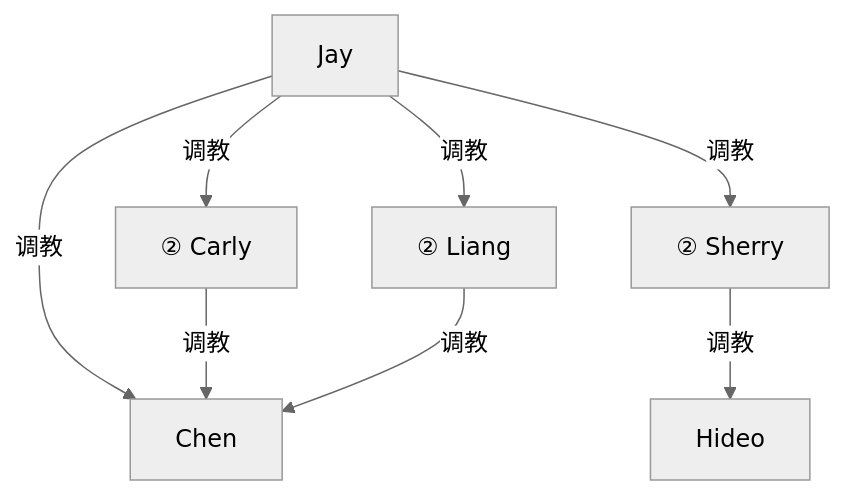
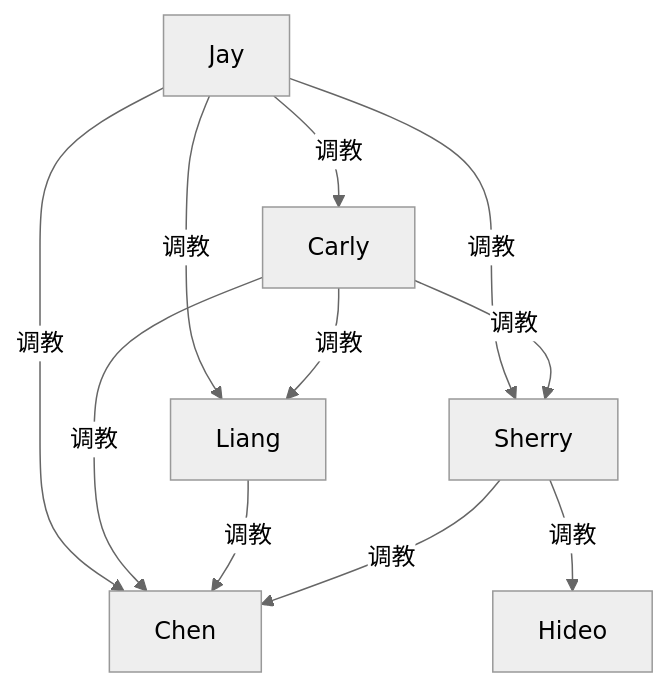
The diagram in _posts/ideas/carly-young-family-plan.md (victor-w-ma/victor-w-ma.github.io), drawn with Mermaid (neutral theme) before and after one commit. The commit also changed other lines of this file, not shown here.

Commit message:
Add Carly as 2nd-in-command, Sherry over Chen, and 3-beat post-wedding arc

````diff
--- a/_posts/ideas/carly-young-family-plan.md
+++ b/_posts/ideas/carly-young-family-plan.md
@@ -25,17 +25,20 @@
 ```mermaid
 graph TD
  jay["Jay"]
- carly["② Carly"]
- liang["② Liang"]
- sherry["② Sherry"]
+ carly["Carly"]
+ liang["Liang"]
+ sherry["Sherry"]
  chen["Chen"]
  hideo["Hideo"]
 
  jay -->|调教| carly
  jay -->|调教| liang
  jay -->|调教| sherry
  jay -->|调教| chen
+ carly -->|调教| liang
+ carly -->|调教| sherry
  carly -->|调教| chen
  liang -->|调教| chen
+ sherry -->|调教| chen
  sherry -->|调教| hideo
 ```
````
